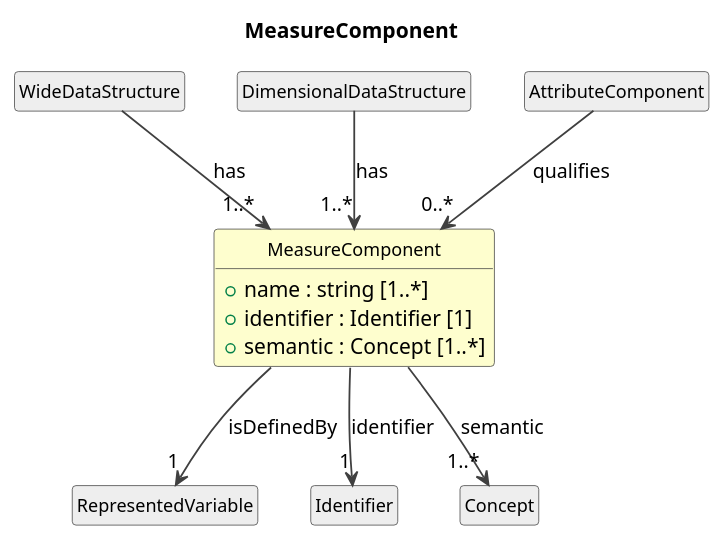
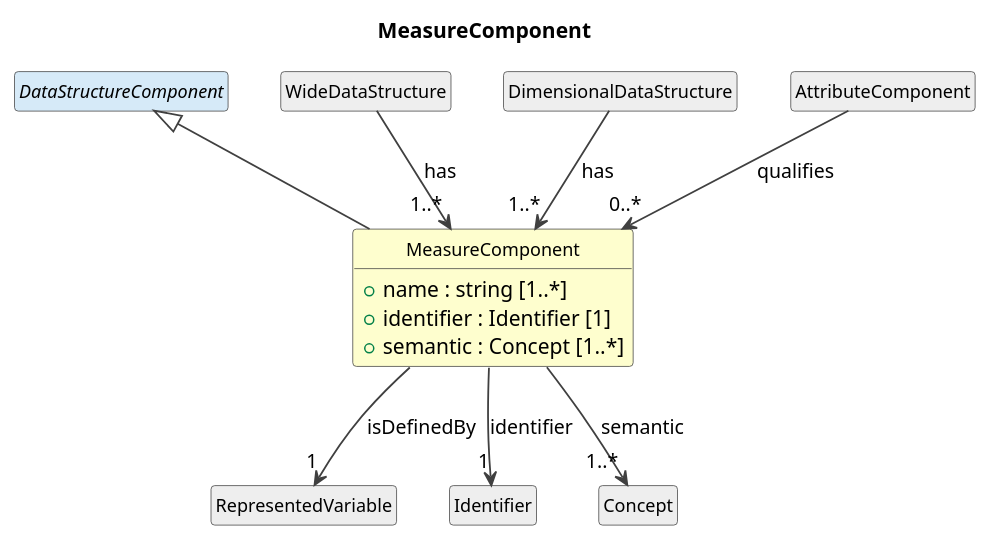
The diagram in cdif-uml-model/CDIFDataStructure/Classes/MeasureComponent.pu (Cross-Domain-Interoperability-Framework/metadataBuildingBlocks), drawn with PlantUML before and after one commit. The commit also changed 78 other files, not shown here.

First line of the commit message:
Regenerate model browser: DataStructure hierarchy + toggle/sticky/clip UI fixes

```diff
--- a/cdif-uml-model/CDIFDataStructure/Classes/MeasureComponent.pu
+++ b/cdif-uml-model/CDIFDataStructure/Classes/MeasureComponent.pu
@@ -1,31 +1,33 @@
 @startuml
 title MeasureComponent
 hide circle
 hide empty members
 skinparam shadowing false
 skinparam ArrowThickness 1.2
 skinparam class {
   ArrowColor #404040
   BorderColor #404040
   FontSize 12
 }
 
 class "MeasureComponent" as MeasureComponent #FEFECE {
   +name : string [1..*]
   +identifier : Identifier [1]
   +semantic : Concept [1..*]
 }
+abstract class "DataStructureComponent" as DataStructureComponent #D6EAF8
+DataStructureComponent <|-- MeasureComponent
 class "WideDataStructure" as WideDataStructure #EEEEEE
 WideDataStructure --> "1..*" MeasureComponent : has
 class "DimensionalDataStructure" as DimensionalDataStructure #EEEEEE
 DimensionalDataStructure --> "1..*" MeasureComponent : has
 class "RepresentedVariable" as RepresentedVariable #EEEEEE
 MeasureComponent --> "1" RepresentedVariable : isDefinedBy
 class "AttributeComponent" as AttributeComponent #EEEEEE
 AttributeComponent --> "0..*" MeasureComponent : qualifies
 class "Identifier" as Identifier #EEEEEE
 MeasureComponent --> "1" Identifier : identifier
 class "Concept" as Concept #EEEEEE
 MeasureComponent --> "1..*" Concept : semantic
 
 @enduml
```
